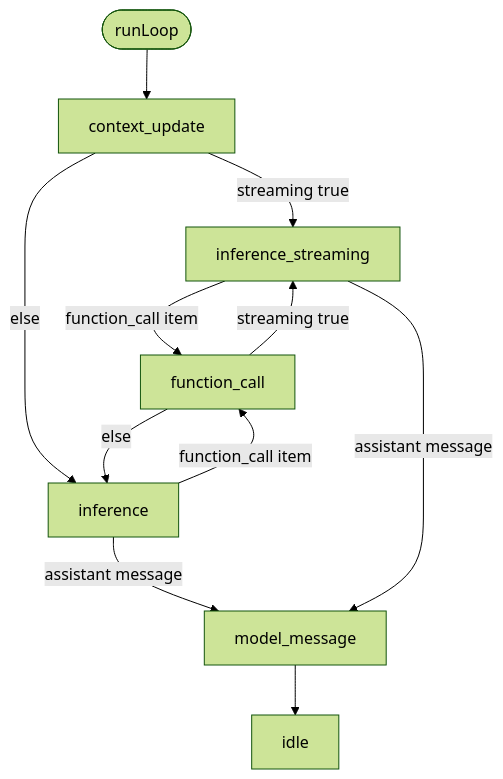
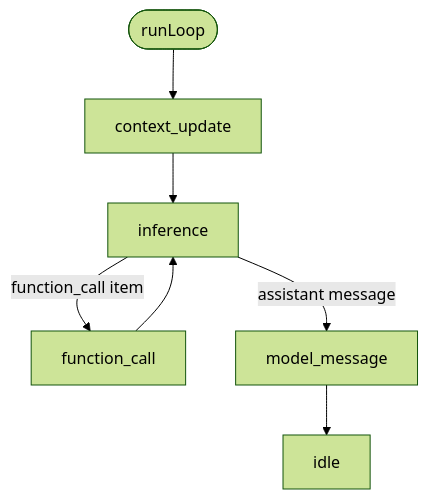
The third of 5 diagrams in README.md (jigjoy-io/mosaic), drawn with Mermaid (forest theme) before and after one commit. The commit also changed other lines of this file and 1 other file, not shown here.

````diff
--- a/README.md
+++ b/README.md
@@ -352,13 +352,9 @@
 ```mermaid
 flowchart TD
     Start([runLoop]) --> CU[context_update]
-    CU -->|streaming true| INF_S[inference_streaming]
-    CU -->|else| INF[inference]
+    CU --> INF[inference]
     INF -->|function_call item| FC[function_call]
     INF -->|assistant message| MM[model_message]
-    INF_S -->|function_call item| FC
-    INF_S -->|assistant message| MM
-    FC -->|streaming true| INF_S
-    FC -->|else| INF
+    FC --> INF
     MM --> Idle[idle]
 ```
````
